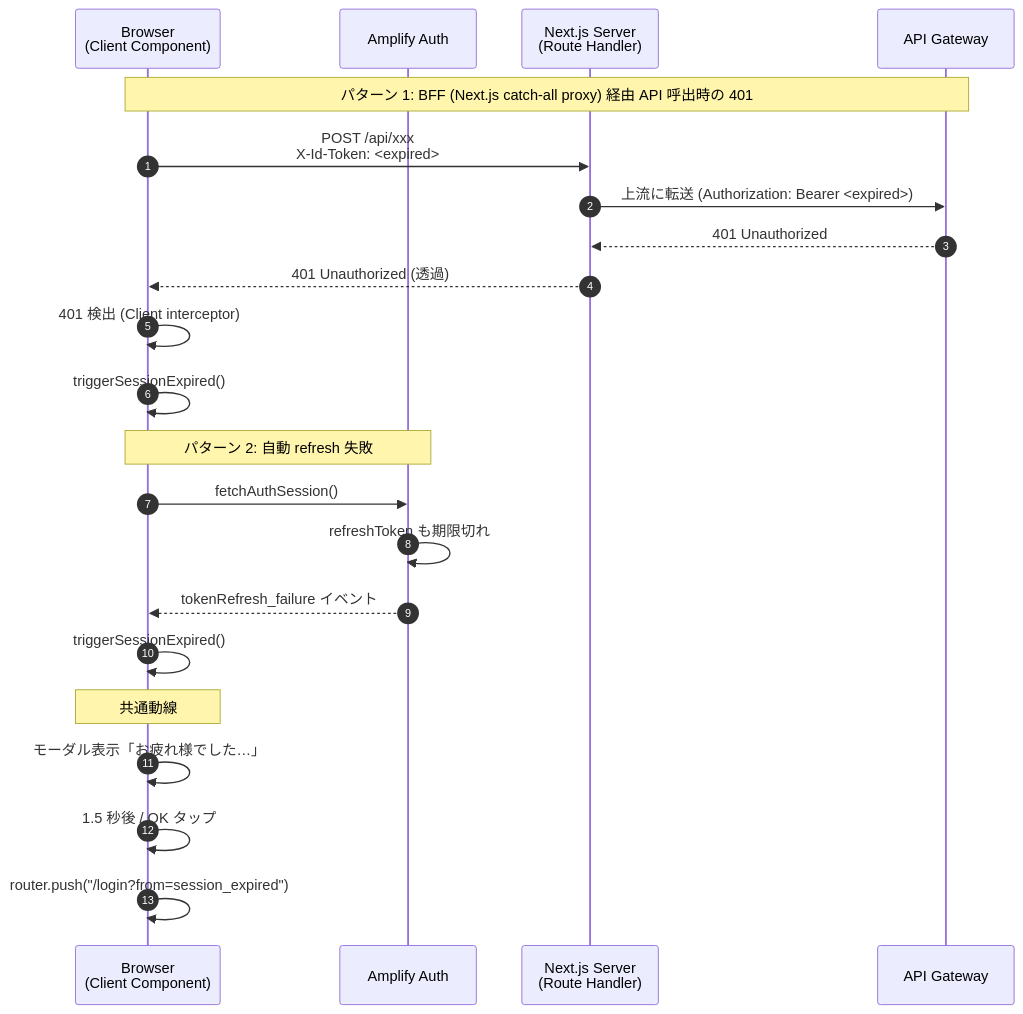
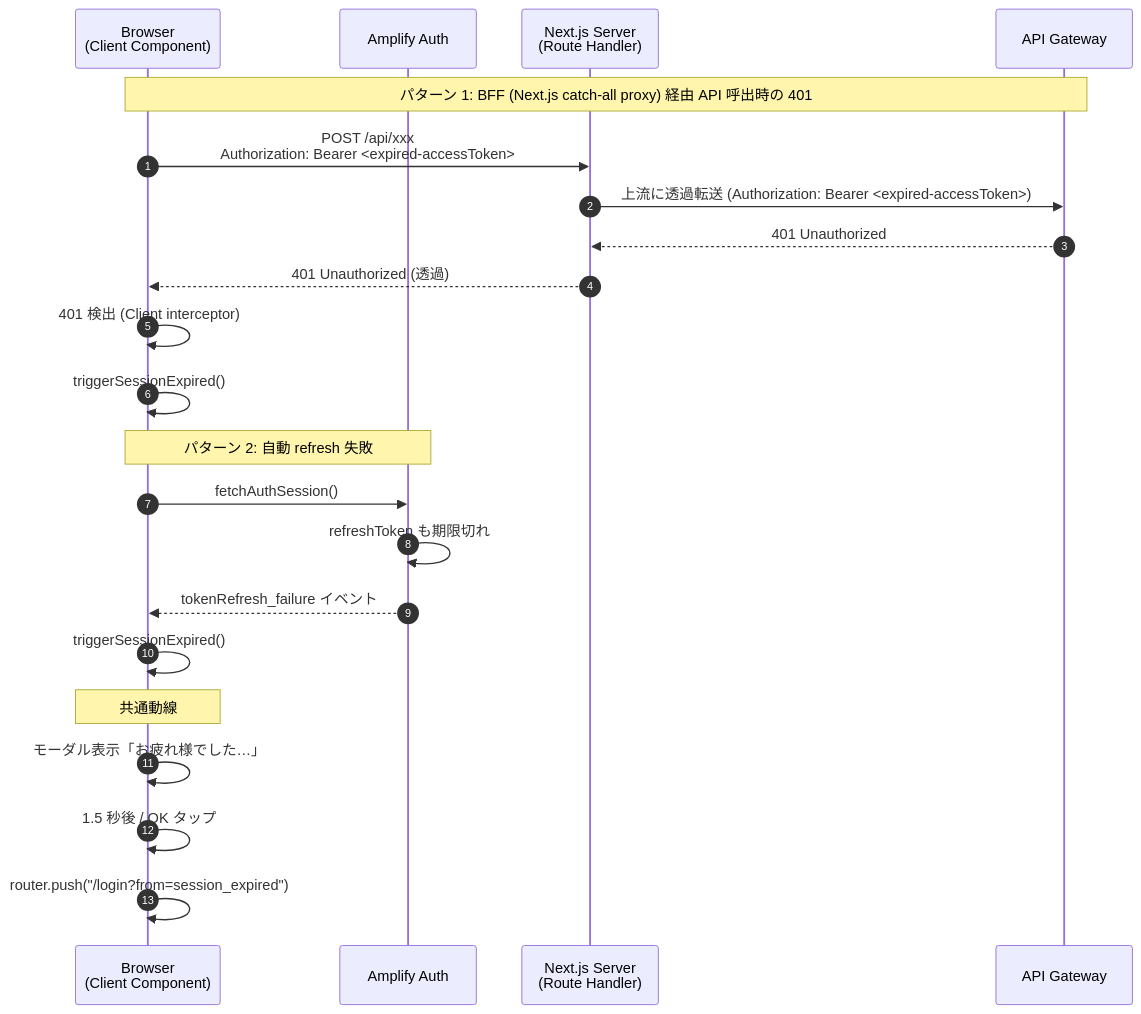
The fifth of 6 diagrams in aidlc-docs/construction/auth/functional-design/business-logic-model.md (ryotinjpn/goro2pay), drawn with Mermaid before and after one commit. The commit also changed other lines of this file and 7 other files, not shown here.

First line of the commit message:
👍 API 認証 Token を IdToken → AccessToken に統一 (PR #69 更新)

````diff
--- a/aidlc-docs/construction/auth/functional-design/business-logic-model.md
+++ b/aidlc-docs/construction/auth/functional-design/business-logic-model.md
@@ -372,29 +374,29 @@
 ```mermaid
 sequenceDiagram
     autonumber
     participant UI as Browser<br/>(Client Component)
     participant Auth as Amplify Auth
     participant NextSrv as Next.js Server<br/>(Route Handler)
     participant APIGW as API Gateway
 
     Note over UI,APIGW: パターン 1: BFF (Next.js catch-all proxy) 経由 API 呼出時の 401
 
-    UI->>NextSrv: POST /api/xxx<br/>X-Id-Token: <expired>
-    NextSrv->>APIGW: 上流に転送 (Authorization: Bearer <expired>)
+    UI->>NextSrv: POST /api/xxx<br/>Authorization: Bearer <expired-accessToken>
+    NextSrv->>APIGW: 上流に透過転送 (Authorization: Bearer <expired-accessToken>)
     APIGW-->>NextSrv: 401 Unauthorized
     NextSrv-->>UI: 401 Unauthorized (透過)
     UI->>UI: 401 検出 (Client interceptor)
     UI->>UI: triggerSessionExpired()
 
     Note over UI,Auth: パターン 2: 自動 refresh 失敗
 
     UI->>Auth: fetchAuthSession()
     Auth->>Auth: refreshToken も期限切れ
     Auth-->>UI: tokenRefresh_failure イベント
     UI->>UI: triggerSessionExpired()
 
     Note over UI: 共通動線
     UI->>UI: モーダル表示「お疲れ様でした…」
     UI->>UI: 1.5 秒後 / OK タップ
     UI->>UI: router.push("/login?from=session_expired")
 ```
````
